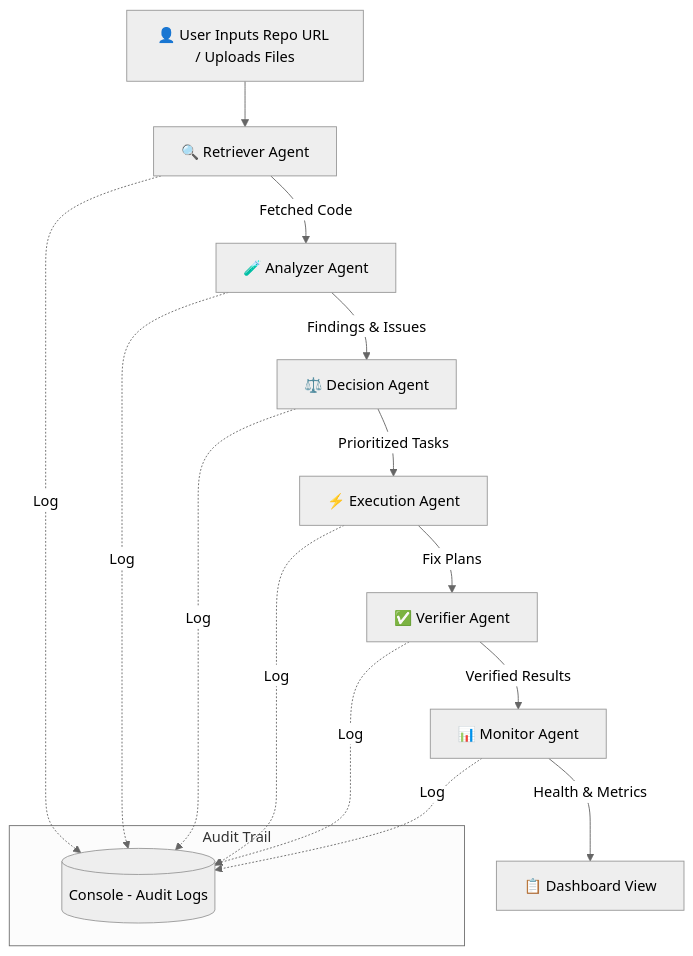
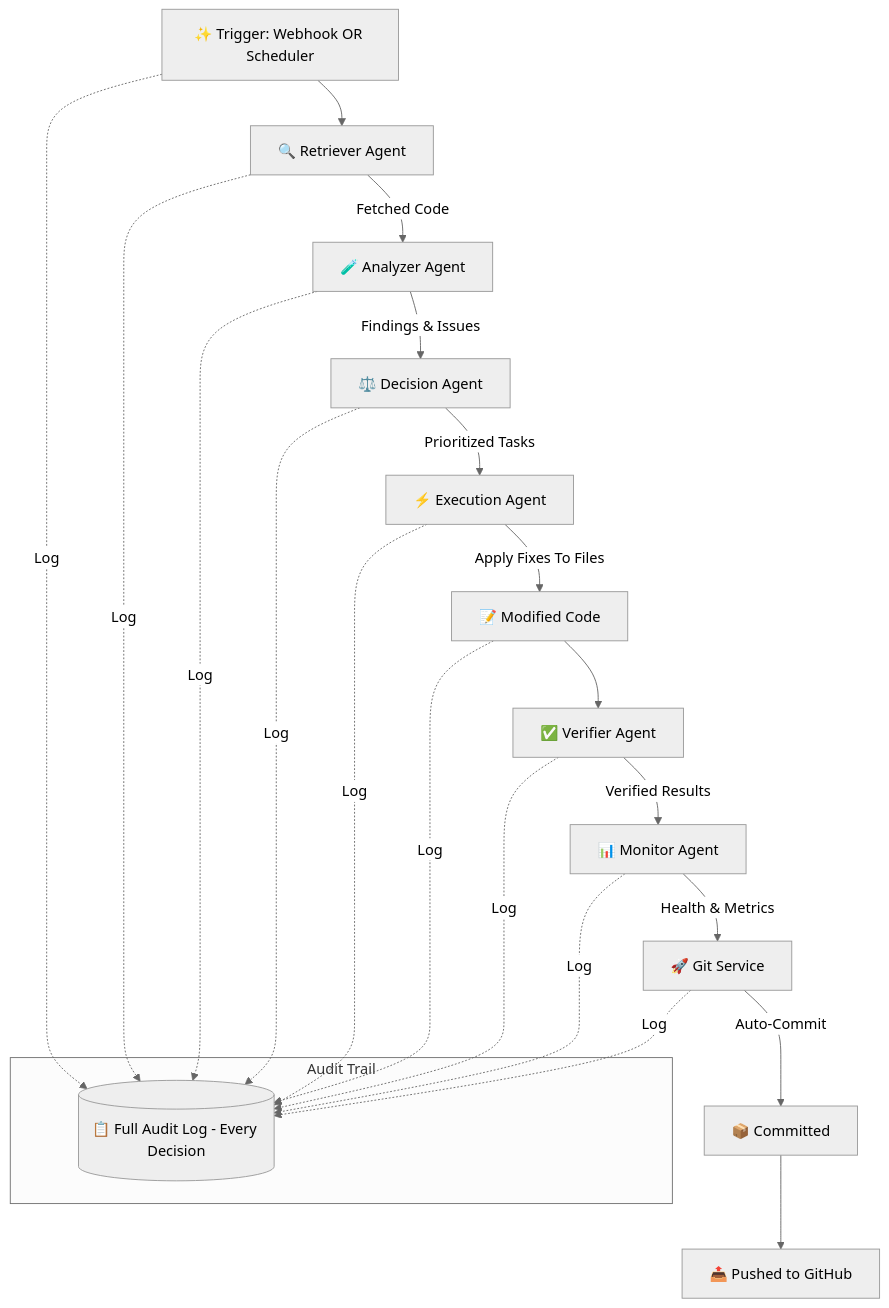
The diagram in README.md (pranavpant9916-ctrl/GenAI-ET-hackathon), drawn with Mermaid (neutral theme) before and after one commit. The commit also changed other lines of this file, not shown here.

````diff
--- a/README.md
+++ b/README.md
@@ -121,21 +160,27 @@
 ```mermaid
 flowchart TD
-    A[👤 User Inputs Repo URL / Uploads Files] --> B[🔍 Retriever Agent]
+    A[✨ Trigger: Webhook OR Scheduler] --> B[🔍 Retriever Agent]
     B -->|Fetched Code| C[🧪 Analyzer Agent]
     C -->|Findings & Issues| D[⚖️ Decision Agent]
     D -->|Prioritized Tasks| E[⚡ Execution Agent]
-    E -->|Fix Plans| F[✅ Verifier Agent]
+    E -->|Apply Fixes To Files| E2["📝 Modified Code"]
+    E2 --> F[✅ Verifier Agent]
     F -->|Verified Results| G[📊 Monitor Agent]
-    G -->|Health & Metrics| H[📋 Dashboard View]
+    G -->|Health & Metrics| H[🚀 Git Service]
+    H -->|Auto-Commit| H2["📦 Committed"]
+    H2 --> H3["📤 Pushed to GitHub"]
     
     subgraph Audit Trail
-        I[(Console - Audit Logs)]
+        I[("📋 Full Audit Log - Every Decision")]
     end
     
+    A -.->|Log| I
     B -.->|Log| I
     C -.->|Log| I
     D -.->|Log| I
     E -.->|Log| I
+    E2 -.->|Log| I
     F -.->|Log| I
     G -.->|Log| I
+    H -.->|Log| I
 ```
````
